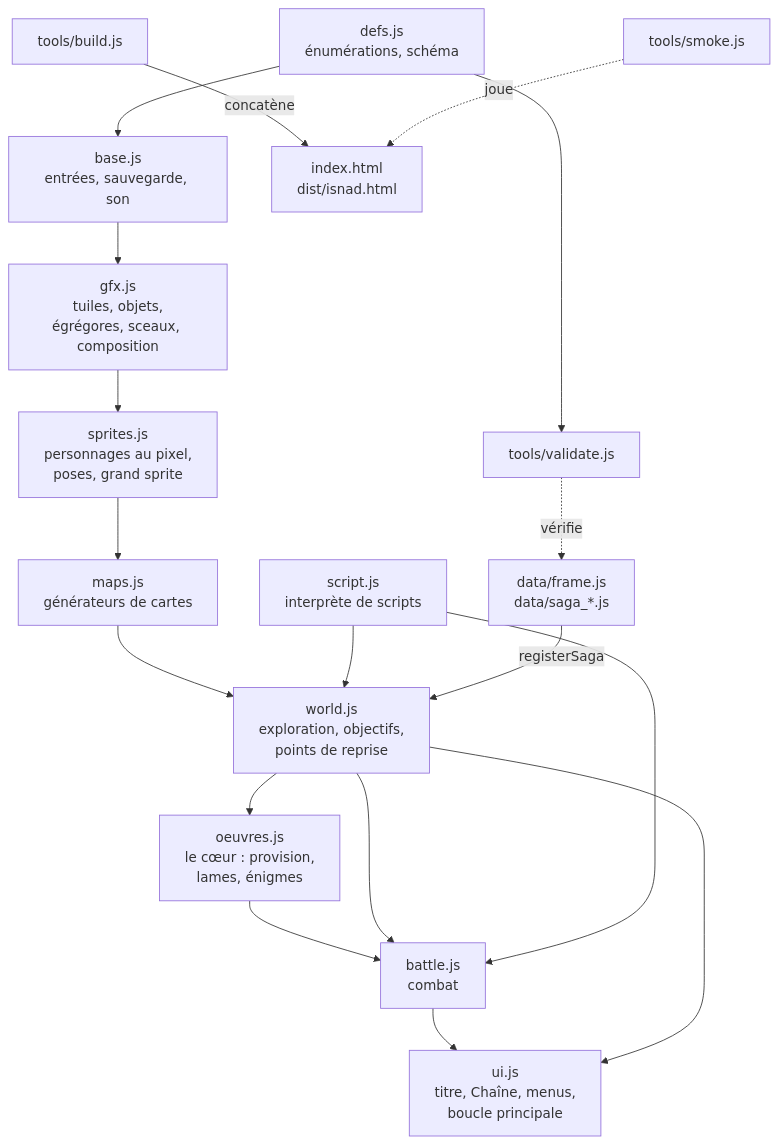
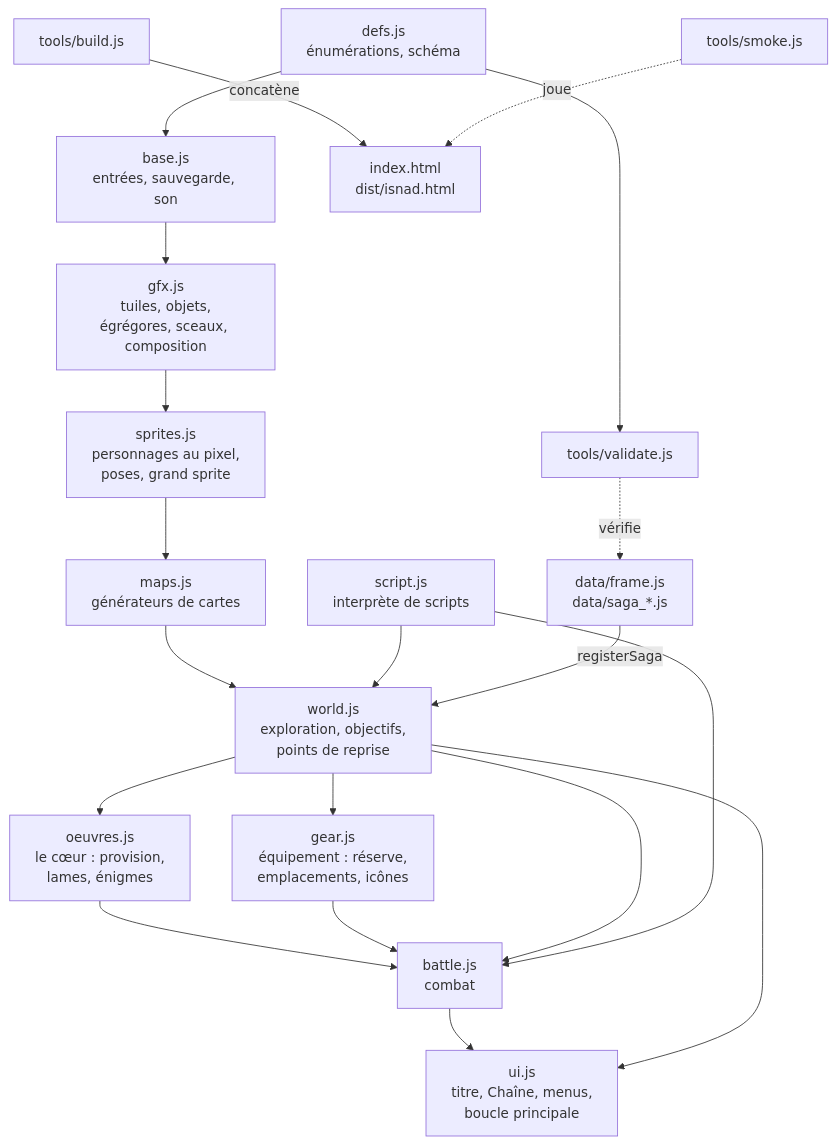
One commit to abdelhfid-tech/claudecode changed the diagram in docs/architecture.md. Above: the diagram before and after it, drawn with Mermaid. The commit also changed other lines of this file and 32 other files, not shown here.

First line of the commit message:
L'écran noir de la fin du prologue est corrigé ; équipement à quatre emplacements, cinquante-trois pièces

````diff
--- a/docs/architecture.md
+++ b/docs/architecture.md
@@ -21,20 +21,22 @@
 ```mermaid
 flowchart TD
   defs[defs.js<br>énumérations, schéma] --> base[base.js<br>entrées, sauvegarde, son]
   defs --> validate[tools/validate.js]
   base --> gfx[gfx.js<br>tuiles, objets,<br>égrégores, sceaux, composition]
   gfx --> sprites[sprites.js<br>personnages au pixel,<br>poses, grand sprite]
   sprites --> maps[maps.js<br>générateurs de cartes]
   maps --> world[world.js<br>exploration, objectifs,<br>points de reprise]
   script[script.js<br>interprète de scripts] --> world
   world --> oeuvres[oeuvres.js<br>le cœur : provision,<br>lames, énigmes]
+  world --> gear[gear.js<br>équipement : réserve,<br>emplacements, icônes]
   oeuvres --> battle[battle.js<br>combat]
+  gear --> battle
   world --> battle
   script --> battle
   battle --> ui[ui.js<br>titre, Chaîne, menus,<br>boucle principale]
   world --> ui
   data[data/frame.js<br>data/saga_*.js] -->|registerSaga| world
   validate -.vérifie.-> data
   build[tools/build.js] -->|concatène| out[index.html<br>dist/isnad.html]
   smoke[tools/smoke.js] -.joue.-> out
 ```
````
